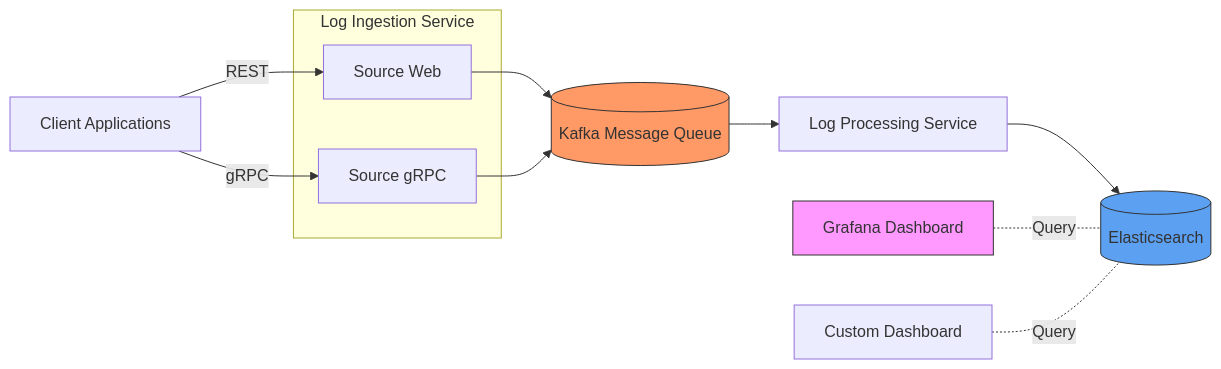
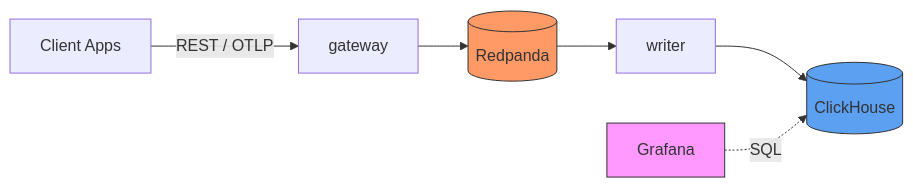
The diagram in README.md (sidDarthVader31/apexio), drawn with Mermaid before and after one commit. The commit also changed other lines of this file and 64 other files, not shown here.

````diff
--- a/README.md
+++ b/README.md
@@ -82,28 +104,19 @@
 ```mermaid
 flowchart LR
-    Client-->|REST|Source_Web
-    Client-->|gRPC|Source_gRPC
+    Client[Client Apps]
+    Gateway[gateway]
+    Redpanda[(Redpanda)]
+    Writer[writer]
+    ClickHouse[(ClickHouse)]
+    Grafana[Grafana]
 
-    subgraph Log_Ingestion_Service[Log Ingestion Service]
-        Source_Web[Source Web]
-        Source_gRPC[Source gRPC]
-    end
+    Client -->|REST / OTLP| Gateway
+    Gateway --> Redpanda
+    Redpanda --> Writer
+    Writer --> ClickHouse
+    Grafana -.->|SQL| ClickHouse
 
-    Source_Web-->Kafka
-    Source_gRPC-->Kafka
-    Kafka-->Log_Processing_Service
-    Log_Processing_Service-->Elasticsearch
-    Grafana-.-|Query|Elasticsearch
-    Custom_Dashboard-.-|Query|Elasticsearch
-
-    Client[Client Applications]
-    Kafka[(Kafka Message Queue)]
-    Log_Processing_Service[Log Processing Service]
-    Elasticsearch[(Elasticsearch)]
-    Grafana[Grafana Dashboard]
-    Custom_Dashboard[Custom Dashboard]
-
-    style Kafka fill:#f96,stroke:#333
-    style Elasticsearch fill:#5ca0f2,stroke:#333
+    style Redpanda fill:#f96,stroke:#333
+    style ClickHouse fill:#5ca0f2,stroke:#333
     style Grafana fill:#f9f,stroke:#333
 ```
````
